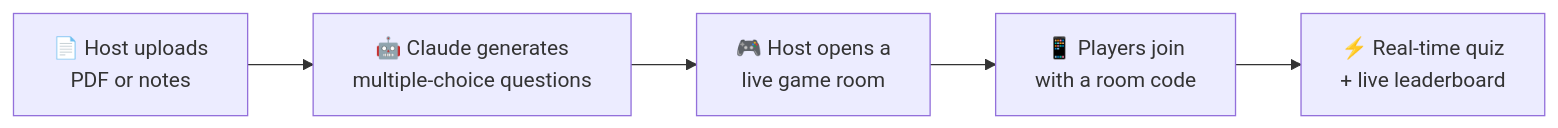
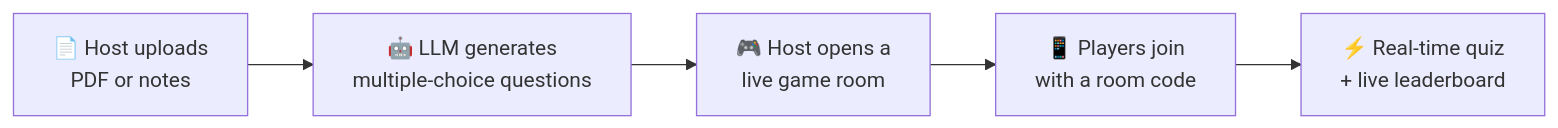
Before and after one commit to oree-xx/StudyWars: the first of 2 diagrams in README.md, drawn with Mermaid. The commit also changed other lines of this file, not shown here.

Commit message:
Use LLM terminology throughout README prose and diagrams

````diff
--- a/README.md
+++ b/README.md
@@ -39,7 +39,7 @@
 ```mermaid
 flowchart LR
-    A["📄 Host uploads<br/>PDF or notes"] --> B["🤖 Claude generates<br/>multiple-choice questions"]
+    A["📄 Host uploads<br/>PDF or notes"] --> B["🤖 LLM generates<br/>multiple-choice questions"]
     B --> C["🎮 Host opens a<br/>live game room"]
     C --> D["📱 Players join<br/>with a room code"]
     D --> E["⚡ Real-time quiz<br/>+ live leaderboard"]
 ```
````
